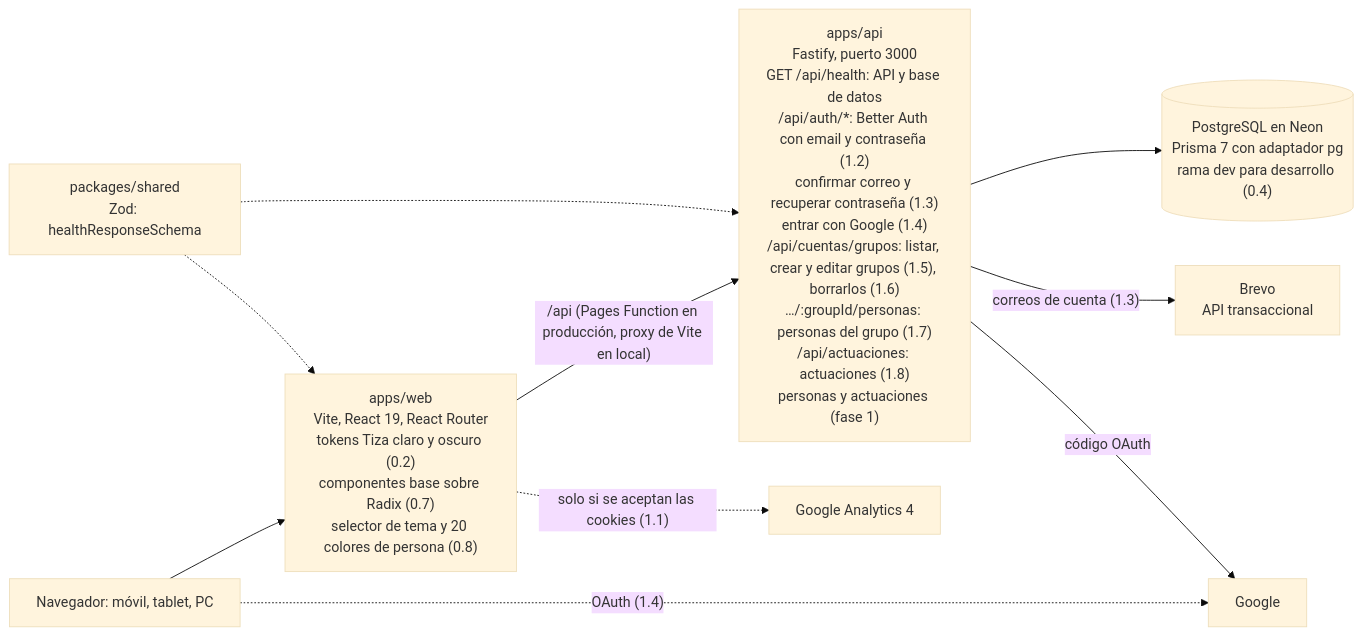
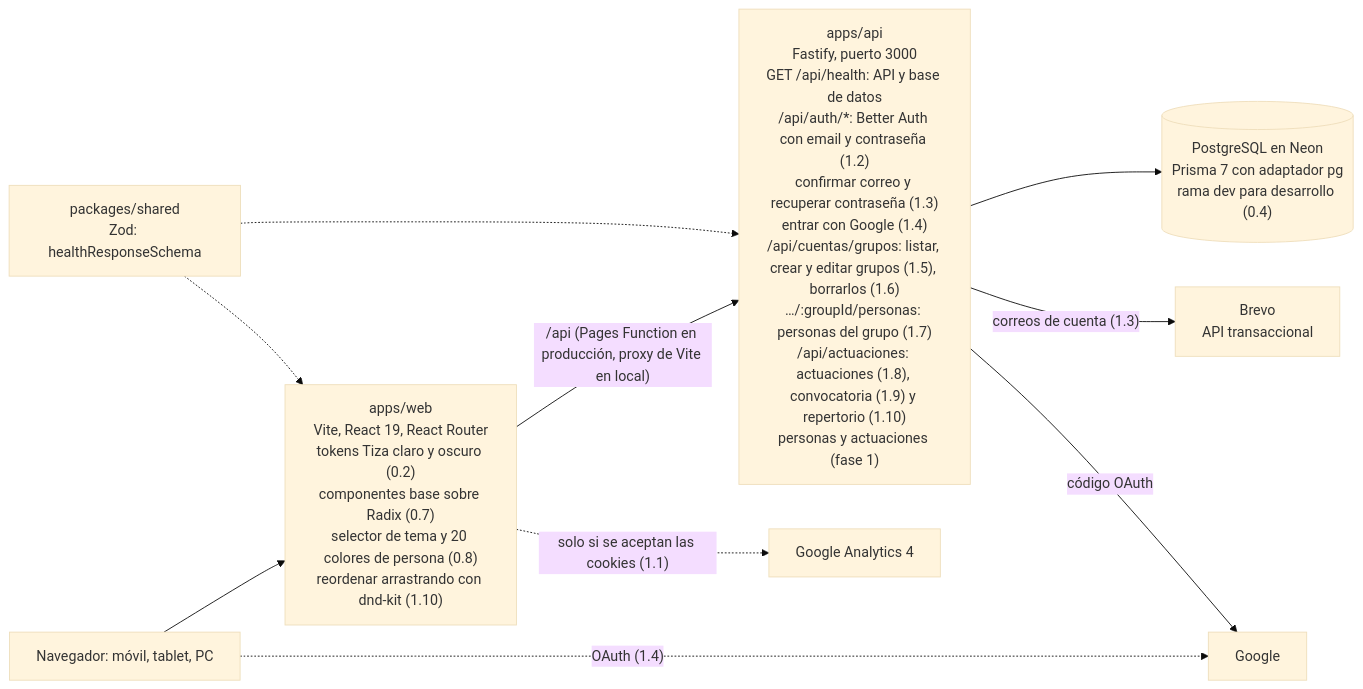
Before and after one commit to juananmgz/cuadrocorrocalle: the diagram in documentation/architecture.md, drawn with Mermaid (base theme). The commit also changed 28 other files, not shown here.

````diff
--- a/documentation/architecture.md
+++ b/documentation/architecture.md
@@ -7,12 +7,12 @@
 ```mermaid
 flowchart LR
-  U["Navegador: móvil, tablet, PC"] --> W["apps/web<br>Vite, React 19, React Router<br>tokens Tiza claro y oscuro (0.2)<br>componentes base sobre Radix (0.7)<br>selector de tema y 20 colores de persona (0.8)"]
-  W -->|"/api (Pages Function en producción, proxy de Vite en local)"| A["apps/api<br>Fastify, puerto 3000<br>GET /api/health: API y base de datos<br>/api/auth/*: Better Auth con email y contraseña (1.2)<br>confirmar correo y recuperar contraseña (1.3)<br>entrar con Google (1.4)<br>/api/cuentas/grupos: listar, crear y editar grupos (1.5), borrarlos (1.6)<br>…/:groupId/personas: personas del grupo (1.7)<br>/api/actuaciones: actuaciones (1.8)<br>personas y actuaciones (fase 1)"]
+  U["Navegador: móvil, tablet, PC"] --> W["apps/web<br>Vite, React 19, React Router<br>tokens Tiza claro y oscuro (0.2)<br>componentes base sobre Radix (0.7)<br>selector de tema y 20 colores de persona (0.8)<br>reordenar arrastrando con dnd-kit (1.10)"]
+  W -->|"/api (Pages Function en producción, proxy de Vite en local)"| A["apps/api<br>Fastify, puerto 3000<br>GET /api/health: API y base de datos<br>/api/auth/*: Better Auth con email y contraseña (1.2)<br>confirmar correo y recuperar contraseña (1.3)<br>entrar con Google (1.4)<br>/api/cuentas/grupos: listar, crear y editar grupos (1.5), borrarlos (1.6)<br>…/:groupId/personas: personas del grupo (1.7)<br>/api/actuaciones: actuaciones (1.8), convocatoria (1.9) y repertorio (1.10)<br>personas y actuaciones (fase 1)"]
   A --> D[("PostgreSQL en Neon<br>Prisma 7 con adaptador pg<br>rama dev para desarrollo (0.4)")]
   W -.->|"solo si se aceptan las cookies (1.1)"| GA["Google Analytics 4"]
   A -->|"correos de cuenta (1.3)"| BR["Brevo<br>API transaccional"]
   U -.->|"OAuth (1.4)"| GO["Google"]
   A -->|"código OAuth"| GO
   S["packages/shared<br>Zod: healthResponseSchema"] -.-> W
   S -.-> A
 ```
````
